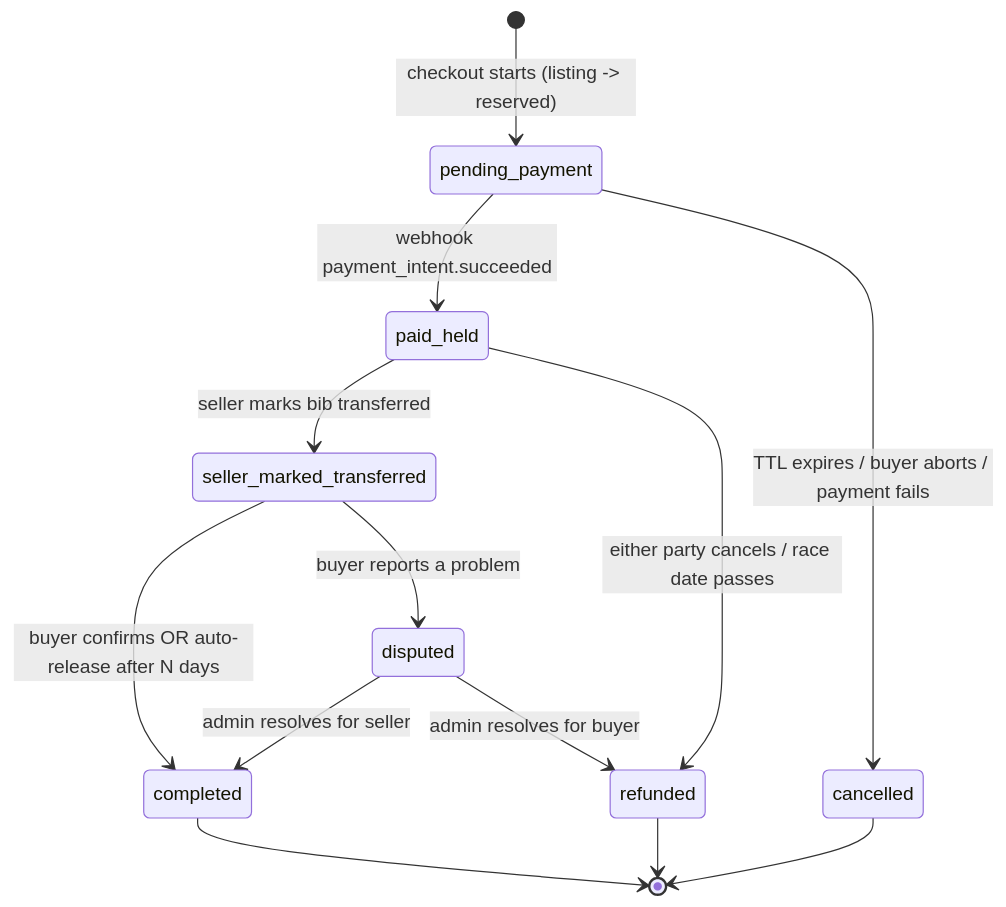
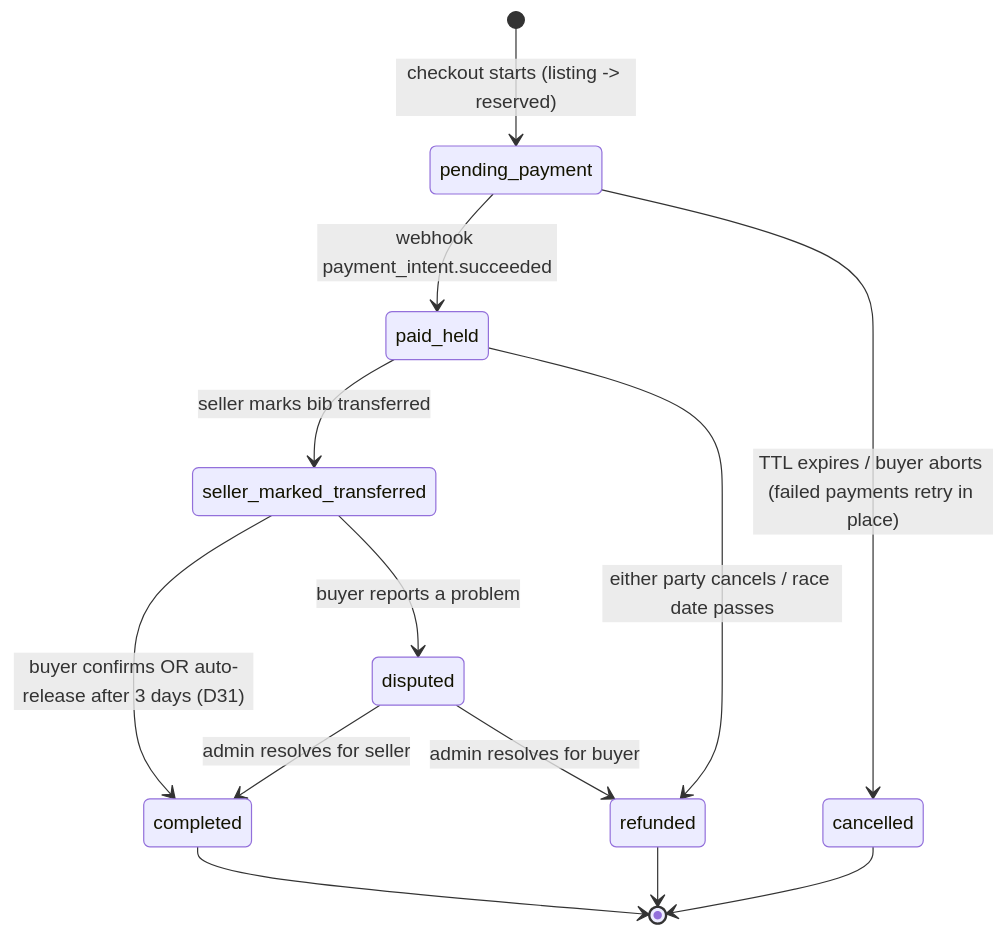
One commit to leonfullxr/bibseller changed the second of 2 diagrams in docs/DATA_MODEL.md. Above: the diagram before and after it, drawn with Mermaid. The commit also changed 3 other files, not shown here.

Commit message:
docs: address review - align mermaid diagrams with D31/D32, spell out the three Stripe keys, normalize drawio attrs

````diff
--- a/docs/DATA_MODEL.md
+++ b/docs/DATA_MODEL.md
@@ -277,15 +277,15 @@
 ```mermaid
 stateDiagram-v2
     [*] --> pending_payment: checkout starts (listing -> reserved)
     pending_payment --> paid_held: webhook payment_intent.succeeded
-    pending_payment --> cancelled: TTL expires / buyer aborts / payment fails
+    pending_payment --> cancelled: TTL expires / buyer aborts (failed payments retry in place)
     paid_held --> seller_marked_transferred: seller marks bib transferred
     paid_held --> refunded: either party cancels / race date passes
-    seller_marked_transferred --> completed: buyer confirms OR auto-release after N days
+    seller_marked_transferred --> completed: buyer confirms OR auto-release after 3 days (D31)
     seller_marked_transferred --> disputed: buyer reports a problem
     disputed --> completed: admin resolves for seller
     disputed --> refunded: admin resolves for buyer
     completed --> [*]
     cancelled --> [*]
     refunded --> [*]
 ```
````
